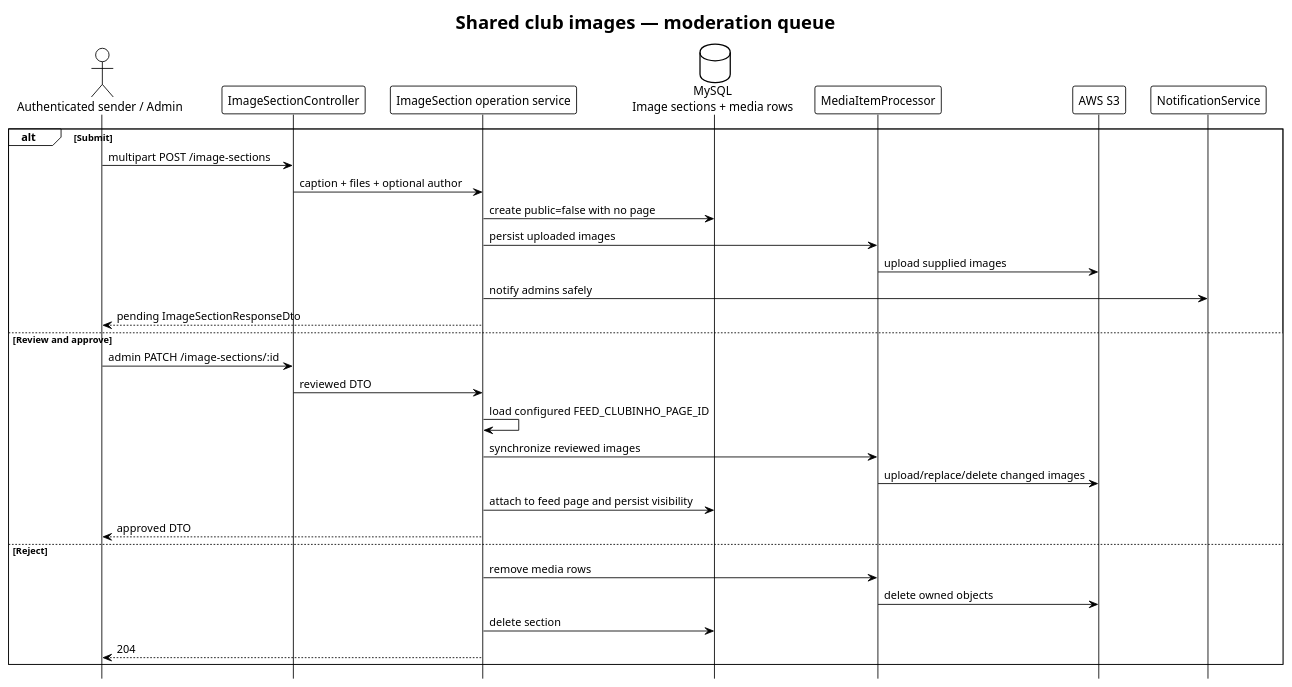
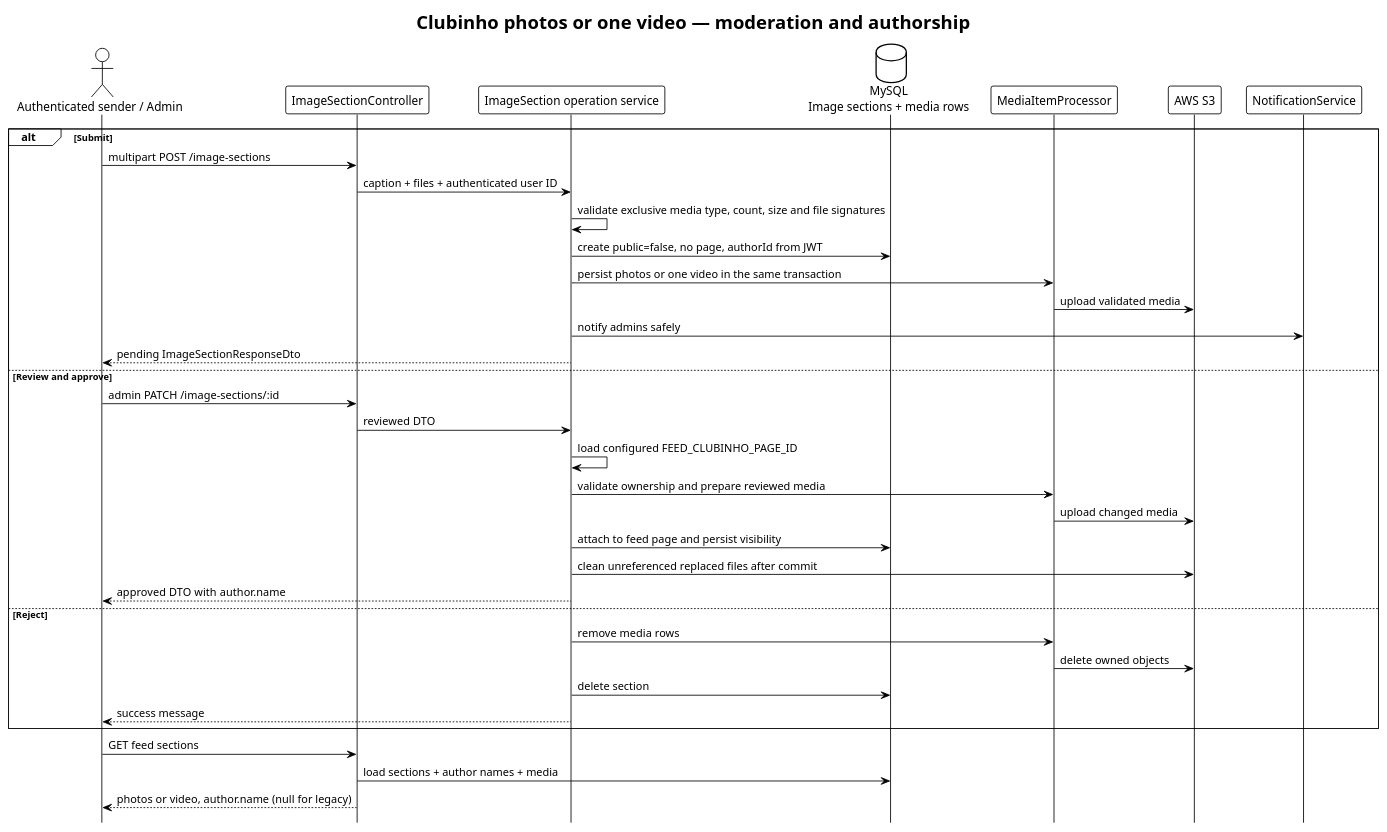
One commit to ministerioclubinhos/clubinhonib-api changed the diagram in docs/diagrams/flow/image-sections/image-sections-flow.puml. Above: the diagram before and after it, drawn with PlantUML. The commit also changed 27 other files, not shown here.

First line of the commit message:
feat(image-section): enhance media validation and author handling

```diff
--- a/docs/diagrams/flow/image-sections/image-sections-flow.puml
+++ b/docs/diagrams/flow/image-sections/image-sections-flow.puml
@@ -1,36 +1,41 @@
 @startuml Shared Images Flow - Clubinho NIB API
 !theme plain
 hide footbox
-title Shared club images — moderation queue
+title Clubinho photos or one video — moderation and authorship
 
 actor "Authenticated sender / Admin" as Client
 participant ImageSectionController as Controller
 participant "ImageSection operation service" as Service
 database "MySQL\nImage sections + media rows" as Repository
 participant MediaItemProcessor as Media
 participant "AWS S3" as S3
 participant NotificationService as Notify
 
 alt Submit
   Client -> Controller : multipart POST /image-sections
-  Controller -> Service : caption + files + optional author
-  Service -> Repository : create public=false with no page
-  Service -> Media : persist uploaded images
-  Media -> S3 : upload supplied images
+  Controller -> Service : caption + files + authenticated user ID
+  Service -> Service : validate exclusive media type, count, size and file signatures
+  Service -> Repository : create public=false, no page, authorId from JWT
+  Service -> Media : persist photos or one video in the same transaction
+  Media -> S3 : upload validated media
   Service -> Notify : notify admins safely
   Service --> Client : pending ImageSectionResponseDto
 else Review and approve
   Client -> Controller : admin PATCH /image-sections/:id
   Controller -> Service : reviewed DTO
   Service -> Service : load configured FEED_CLUBINHO_PAGE_ID
-  Service -> Media : synchronize reviewed images
-  Media -> S3 : upload/replace/delete changed images
+  Service -> Media : validate ownership and prepare reviewed media
+  Media -> S3 : upload changed media
   Service -> Repository : attach to feed page and persist visibility
-  Service --> Client : approved DTO
+  Service -> S3 : clean unreferenced replaced files after commit
+  Service --> Client : approved DTO with author.name
 else Reject
   Service -> Media : remove media rows
   Media -> S3 : delete owned objects
   Service -> Repository : delete section
-  Service --> Client : 204
+  Service --> Client : success message
 end
+Client -> Controller : GET feed sections
+Controller -> Repository : load sections + author names + media
+Controller --> Client : photos or video, author.name (null for legacy)
 @enduml
```
